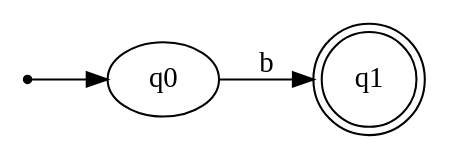
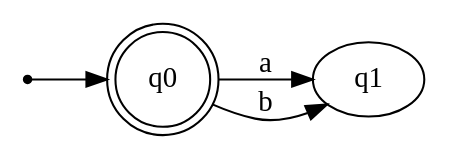
Before and after one commit to eabalestra/nondeterministic-finite-automaton: the diagram in example-automatons/automata_dfa.dot, drawn with Graphviz. The commit also changed 5 other files, not shown here.

```diff
--- a/example-automatons/automata_dfa.dot
+++ b/example-automatons/automata_dfa.dot
@@ -1,13 +1,14 @@
 digraph{
     rankdir=LR;
     inic[shape=point];
 
     inic->q0;
 
+    q0->q1 [label="a"];
     q0->q1 [label="b"];
 
-    q1[shape=doublecircle];
+    q0[shape=doublecircle];
 }
 //State q0: {0}
 
 //State q1: {1}
```
